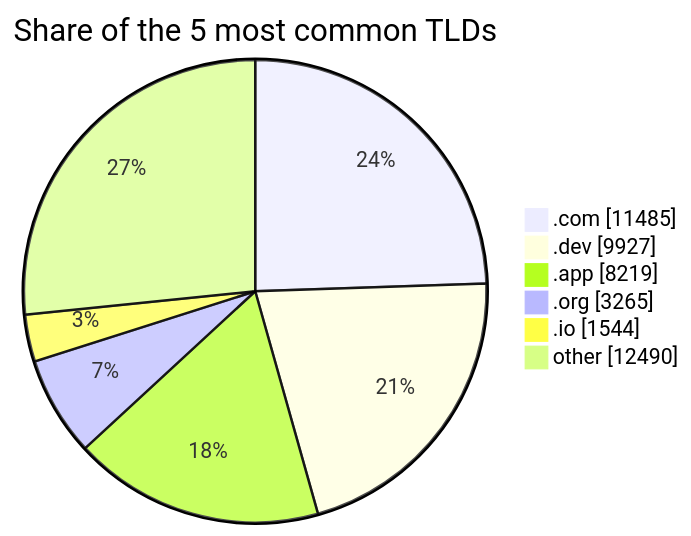
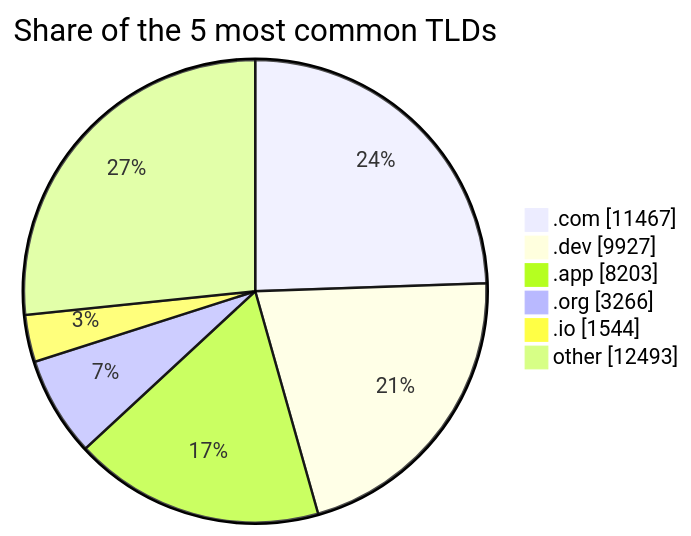
One commit to DNSBunker/CTI changed the third of 3 diagrams in README.md. Above: the diagram before and after it, drawn with Mermaid. The commit also changed other lines of this file and 3 other files, not shown here.

````diff
--- a/README.md
+++ b/README.md
@@ -81,9 +81,9 @@
 ```mermaid
 pie showData title Share of the 5 most common TLDs
-    ".com" : 11485
+    ".com" : 11467
     ".dev" : 9927
-    ".app" : 8219
-    ".org" : 3265
+    ".app" : 8203
+    ".org" : 3266
     ".io" : 1544
-    "other" : 12490
+    "other" : 12493
 ```
````
